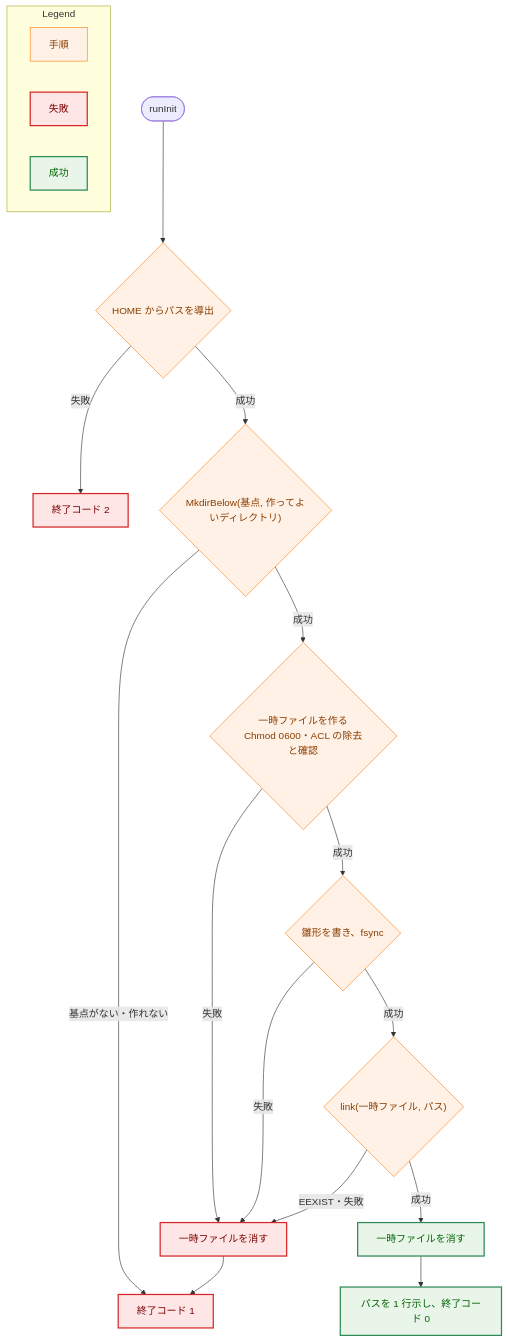
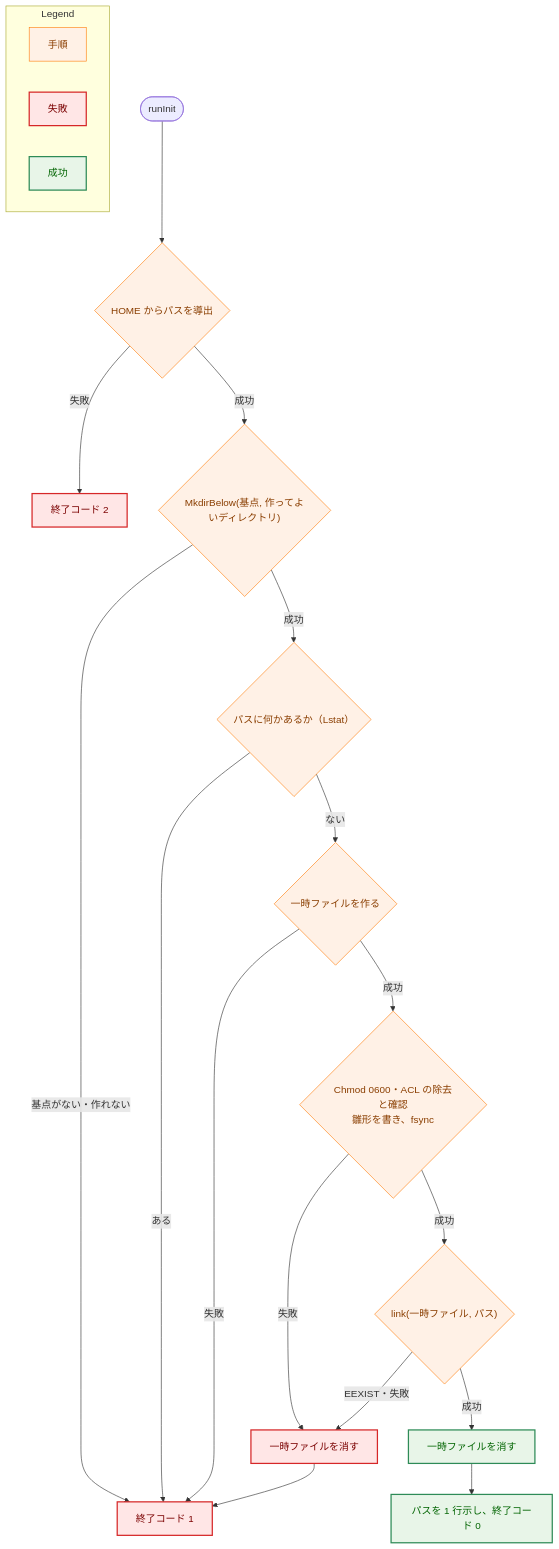
One commit to isseis/yt2column changed the seventh of 7 diagrams in docs/tasks/0066_server_config_file/02_architecture.md. Above: the diagram before and after it, drawn with Mermaid. The commit also changed other lines of this file and 1 other file, not shown here.

First line of the commit message:
docs(0066): address the architecture review and the prose pass

````diff
--- a/docs/tasks/0066_server_config_file/02_architecture.md
+++ b/docs/tasks/0066_server_config_file/02_architecture.md
@@ -679,33 +751,35 @@
 ```mermaid
 flowchart TD
     classDef process fill:#fff1e6,stroke:#ff7f0e,stroke-width:1px,color:#8a3e00;
     classDef problem fill:#ffe6e6,stroke:#d62728,stroke-width:2px,color:#7b0000;
     classDef enhanced fill:#e8f5e8,stroke:#2e8b57,stroke-width:2px,color:#006400;
 
     START(["runInit"]) --> LOC{"HOME からパスを導出"}
     LOC -->|"失敗"| X2["終了コード 2"]
     LOC -->|"成功"| MK{"MkdirBelow(基点, 作ってよいディレクトリ)"}
     MK -->|"基点がない・作れない"| X1["終了コード 1"]
-    MK -->|"成功"| TMP{"一時ファイルを作る<br>Chmod 0600・ACL の除去と確認"}
-    TMP -->|"失敗"| CLEAN["一時ファイルを消す"]
-    TMP -->|"成功"| WR{"雛形を書き、fsync"}
-    WR -->|"失敗"| CLEAN
-    WR -->|"成功"| LNK{"link(一時ファイル, パス)"}
+    MK -->|"成功"| PRE{"パスに何かあるか（Lstat）"}
+    PRE -->|"ある"| X1
+    PRE -->|"ない"| TMP{"一時ファイルを作る"}
+    TMP -->|"失敗"| X1
+    TMP -->|"成功"| PREP{"Chmod 0600・ACL の除去と確認<br>雛形を書き、fsync"}
+    PREP -->|"失敗"| CLEAN["一時ファイルを消す"]
+    PREP -->|"成功"| LNK{"link(一時ファイル, パス)"}
     LNK -->|"EEXIST・失敗"| CLEAN
     LNK -->|"成功"| DONE["一時ファイルを消す"]
     CLEAN --> X1
     DONE --> X0["パスを 1 行示し、終了コード 0"]
 
-    class LOC,MK,TMP,WR,LNK process
+    class LOC,MK,PRE,TMP,PREP,LNK process
     class X1,X2,CLEAN problem
     class DONE,X0 enhanced
 
     subgraph Legend["Legend"]
         L1["手順"]
         L2["失敗"]
         L3["成功"]
     end
     class L1 process
     class L2 problem
     class L3 enhanced
 ```
````
